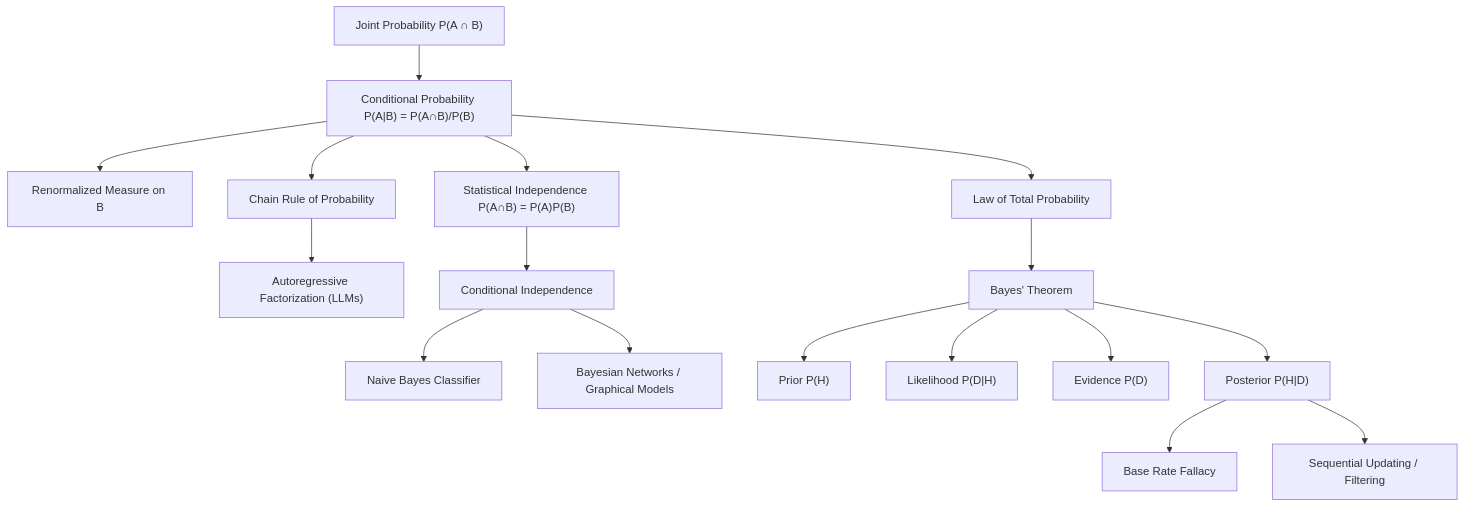
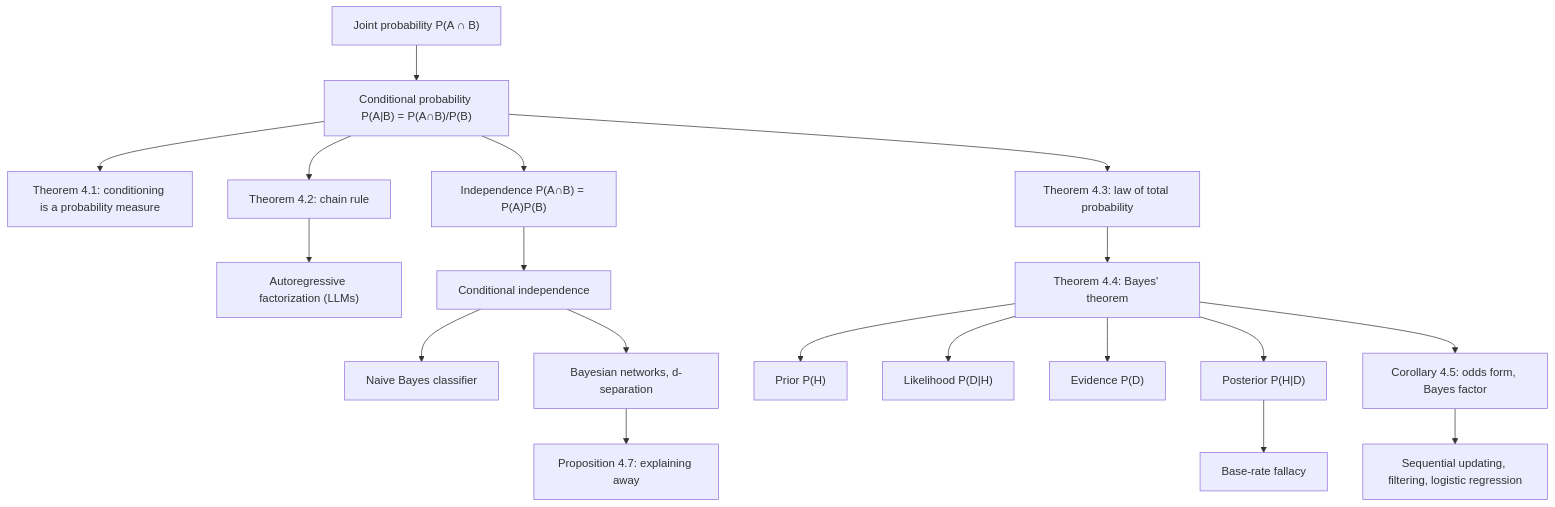
Before and after one commit to hien078/applied-mathematics-foundation: the diagram in probability_statistics/02_conditional_probability_and_bayes/README.md, drawn with Mermaid. The commit also changed other lines of this file and 150 other files, not shown here.

````diff
--- a/probability_statistics/02_conditional_probability_and_bayes/README.md
+++ b/probability_statistics/02_conditional_probability_and_bayes/README.md
@@ -24,19 +39,21 @@
 ```mermaid
 graph TD
-    A["Joint Probability P(A ∩ B)"] --> B["Conditional Probability P(A|B) = P(A∩B)/P(B)"]
-    B --> C["Renormalized Measure on B"]
-    B --> D["Chain Rule of Probability"]
-    D --> E["Autoregressive Factorization (LLMs)"]
-    B --> F["Statistical Independence P(A∩B) = P(A)P(B)"]
-    F --> G["Conditional Independence"]
-    G --> H["Naive Bayes Classifier"]
-    G --> I["Bayesian Networks / Graphical Models"]
-    B --> J["Law of Total Probability"]
-    J --> K["Bayes' Theorem"]
+    A["Joint probability P(A ∩ B)"] --> B["Conditional probability P(A|B) = P(A∩B)/P(B)"]
+    B --> C["Theorem 4.1: conditioning is a probability measure"]
+    B --> D["Theorem 4.2: chain rule"]
+    D --> E["Autoregressive factorization (LLMs)"]
+    B --> F["Independence P(A∩B) = P(A)P(B)"]
+    F --> G["Conditional independence"]
+    G --> H["Naive Bayes classifier"]
+    G --> I["Bayesian networks, d-separation"]
+    B --> J["Theorem 4.3: law of total probability"]
+    J --> K["Theorem 4.4: Bayes' theorem"]
     K --> L["Prior P(H)"]
     K --> M["Likelihood P(D|H)"]
     K --> N["Evidence P(D)"]
     K --> O["Posterior P(H|D)"]
-    O --> P["Base Rate Fallacy"]
-    O --> Q["Sequential Updating / Filtering"]
+    O --> P["Base-rate fallacy"]
+    K --> Q["Corollary 4.5: odds form, Bayes factor"]
+    Q --> R["Sequential updating, filtering, logistic regression"]
+    I --> S["Proposition 4.7: explaining away"]
 ```
````
